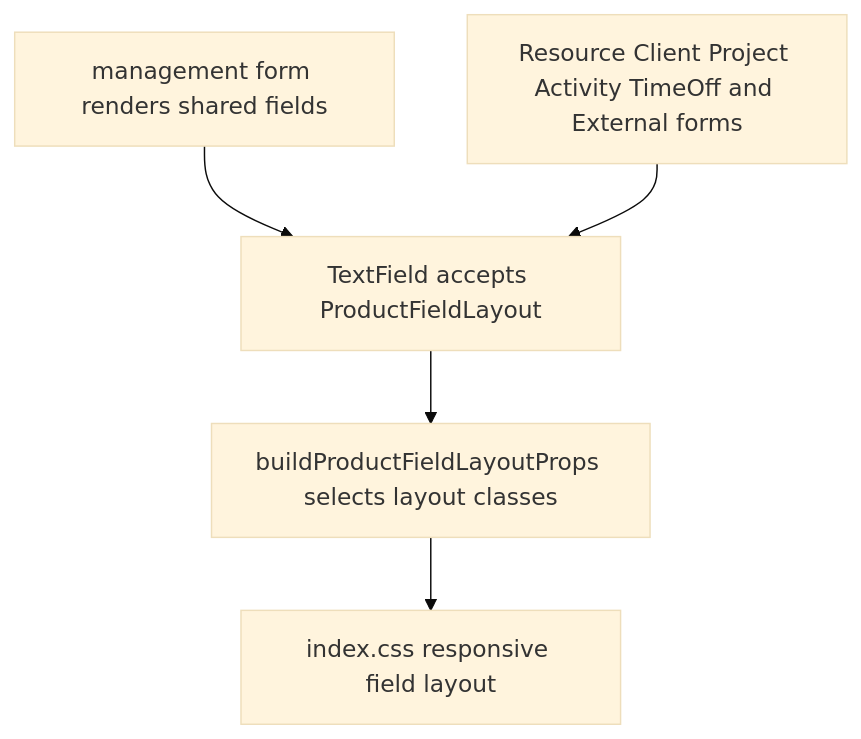
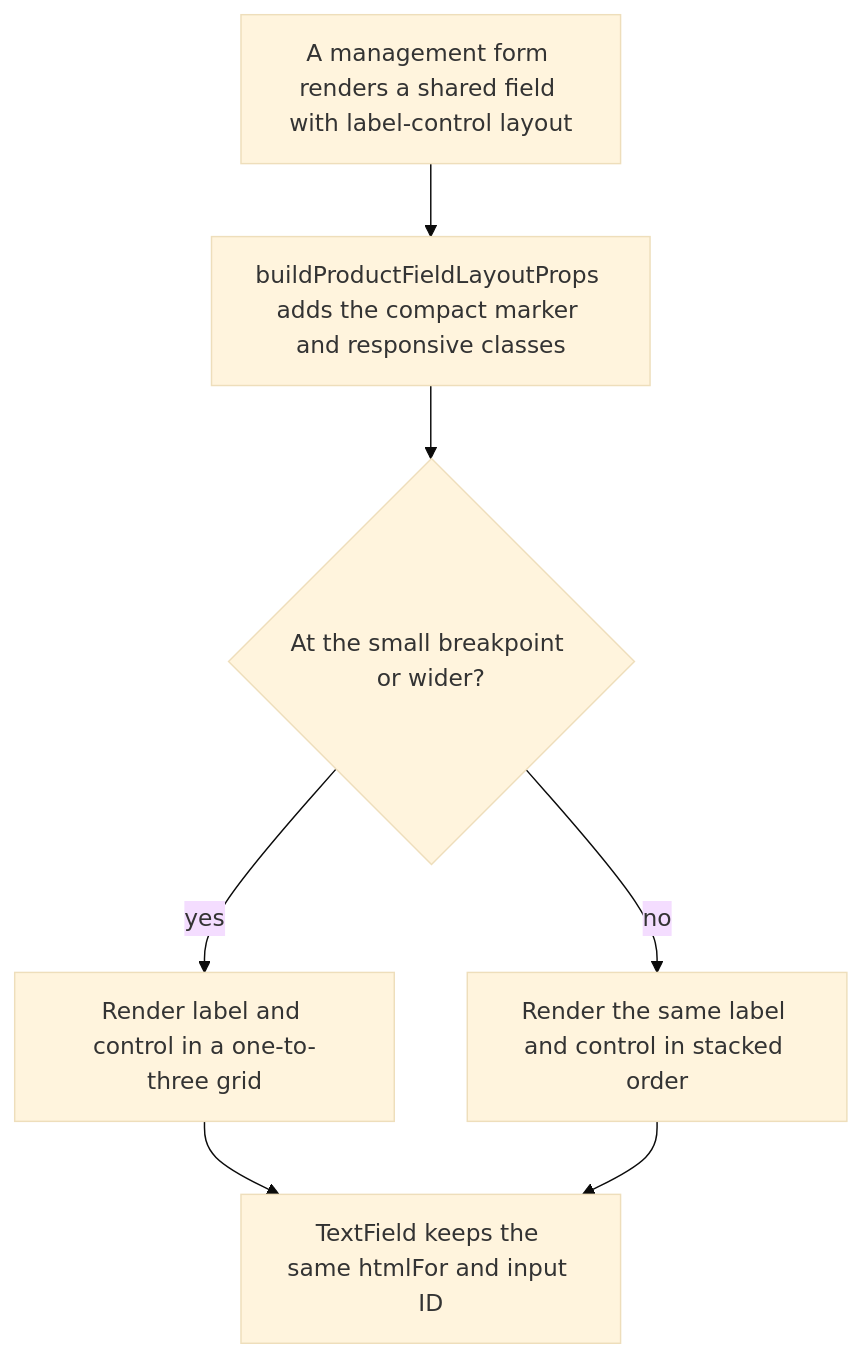
The second of 2 diagrams in user-stories/accessibility/US-KBD-06-compact-input-dialogs.md (Kevinjohn/capacitylens), drawn with Mermaid (base theme) before and after one commit. The commit also changed other lines of this file and 172 other files, not shown here.

Commit message:
docs: reconcile user story code flows with source

````diff
--- a/user-stories/accessibility/US-KBD-06-compact-input-dialogs.md
+++ b/user-stories/accessibility/US-KBD-06-compact-input-dialogs.md
@@ -36,7 +38,9 @@
 ```mermaid
 flowchart TD
-  form["management form renders shared fields"] --> field["TextField accepts ProductFieldLayout"]
-  field --> layout["buildProductFieldLayoutProps selects layout classes"]
-  layout --> css["index.css responsive field layout"]
-  forms["Resource Client Project Activity TimeOff and External forms"] --> field
+  form["A management form renders a shared field with label-control layout"] --> layout["buildProductFieldLayoutProps adds the compact marker and responsive classes"]
+  layout --> width{"At the small breakpoint or wider?"}
+  width -->|yes| columns["Render label and control in a one-to-three grid"]
+  width -->|no| stacked["Render the same label and control in stacked order"]
+  columns --> labels["TextField keeps the same htmlFor and input ID"]
+  stacked --> labels
 ```
````
